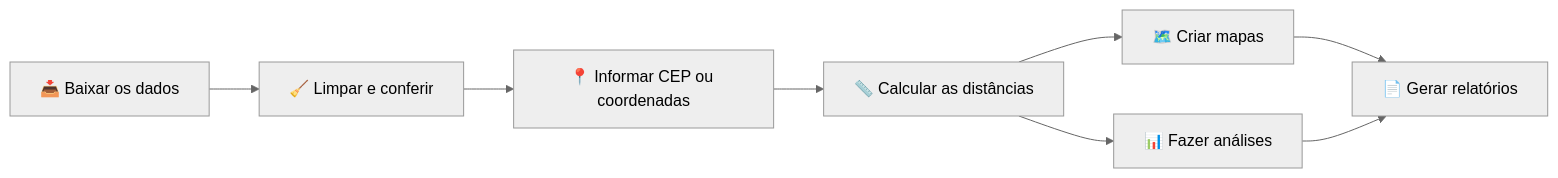
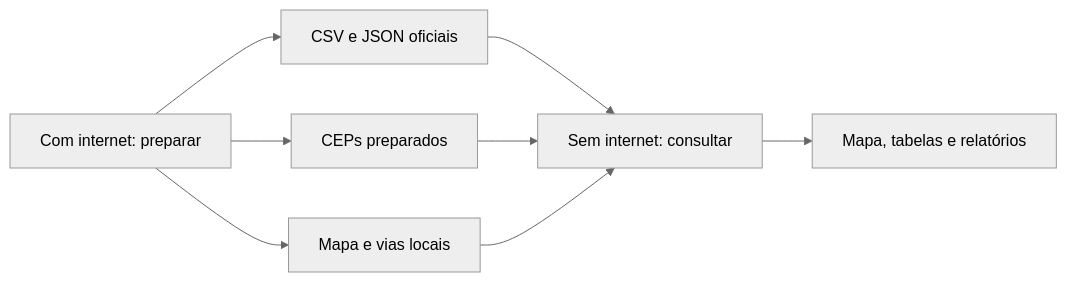
The diagram in GUIA_LUDICO.md (paulopimenta6/sampamaisagro), drawn with Mermaid (neutral theme) before and after one commit. The commit also changed other lines of this file and 54 other files, not shown here.

Commit message:
feat: consolida aplicação offline e validação com dados reais

````diff
--- a/GUIA_LUDICO.md
+++ b/GUIA_LUDICO.md
@@ -15,10 +142,10 @@
-```mermaid
+~~~mermaid
 flowchart LR
-    A[📥 Baixar os dados] --> B[🧹 Limpar e conferir]
-    B --> C[📍 Informar CEP ou coordenadas]
-    C --> D[📏 Calcular as distâncias]
-    D --> E[🗺️ Criar mapas]
-    D --> F[📊 Fazer análises]
-    E --> G[📄 Gerar relatórios]
-    F --> G
-```
+    A[Com internet: preparar] --> B[CSV e JSON oficiais]
+    A --> C[CEPs preparados]
+    A --> D[Mapa e vias locais]
+    B --> E[Sem internet: consultar]
+    C --> E
+    D --> E
+    E --> F[Mapa, tabelas e relatórios]
+~~~
````
